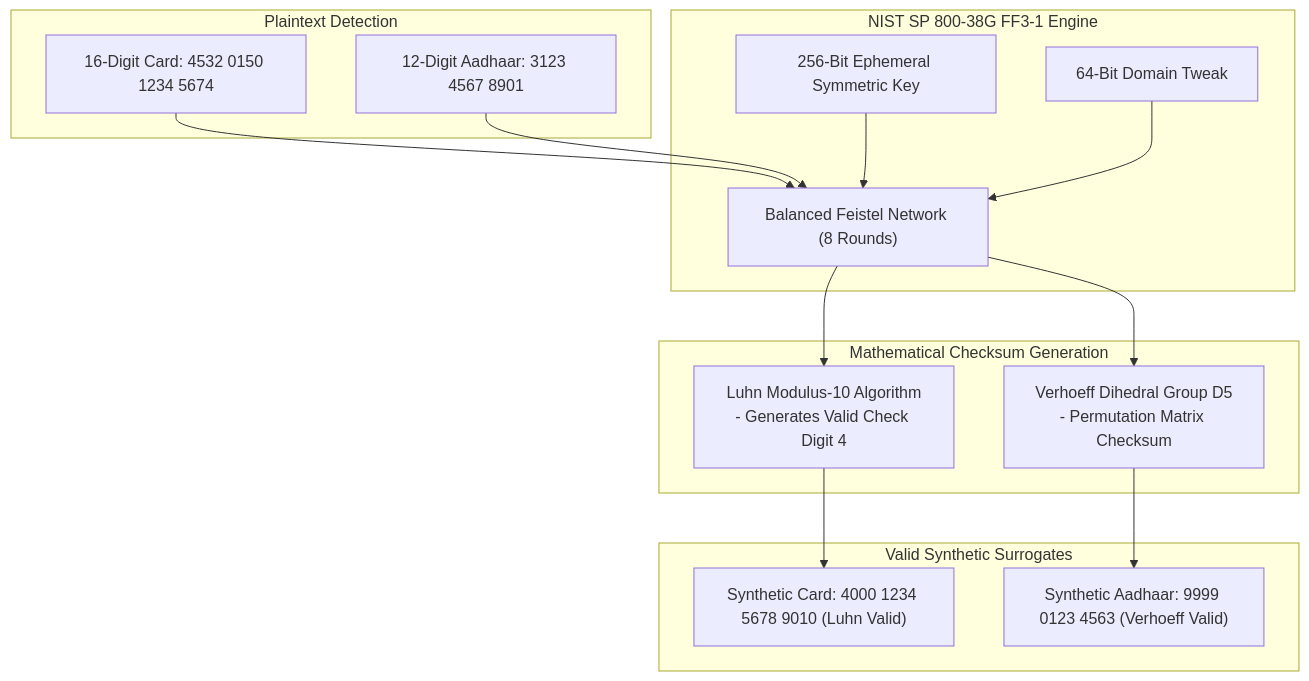
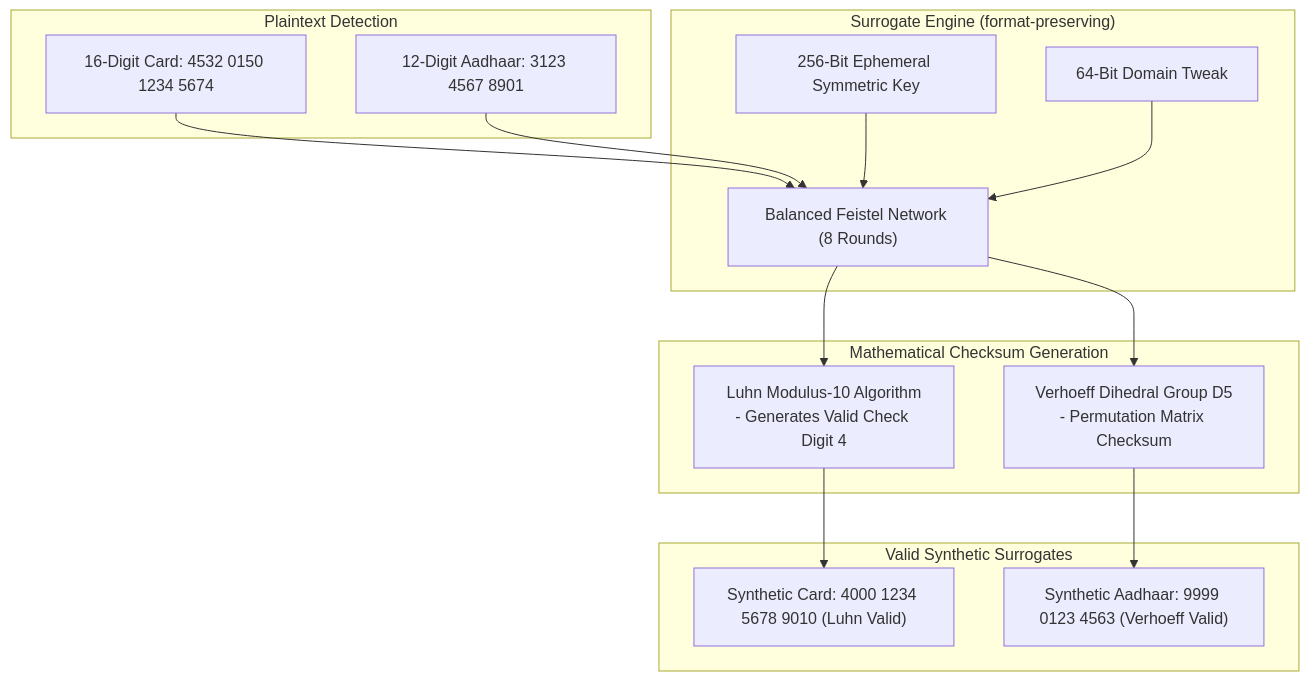
One commit to shashank-tomar0/pry changed the third of 4 diagrams in README.md. Above: the diagram before and after it, drawn with Mermaid. The commit also changed other lines of this file and 13 other files, not shown here.

````diff
--- a/README.md
+++ b/README.md
@@ -276,32 +277,32 @@
 ```mermaid
 flowchart TD
     subgraph DataIn["Plaintext Detection"]
         RawCard["16-Digit Card: 4532 0150 1234 5674"]
         RawAadhaar["12-Digit Aadhaar: 3123 4567 8901"]
     end
 
-    subgraph FPEEngine["NIST SP 800-38G FF3-1 Engine"]
+    subgraph FPEEngine["Surrogate Engine (format-preserving)"]
         Feistel["Balanced Feistel Network (8 Rounds)"]
         AESKey["256-Bit Ephemeral Symmetric Key"]
         Tweak["64-Bit Domain Tweak"]
     end
 
     subgraph ChecksumRecalc["Mathematical Checksum Generation"]
         LuhnCheck["Luhn Modulus-10 Algorithm\n- Generates Valid Check Digit 4"]
         VerhoeffCheck["Verhoeff Dihedral Group D5\n- Permutation Matrix Checksum"]
     end
 
     subgraph SyntheticOut["Valid Synthetic Surrogates"]
         SynthCard["Synthetic Card: 4000 1234 5678 9010 (Luhn Valid)"]
         SynthAadhaar["Synthetic Aadhaar: 9999 0123 4563 (Verhoeff Valid)"]
     end
 
     RawCard --> Feistel
     RawAadhaar --> Feistel
     AESKey --> Feistel
     Tweak --> Feistel
     Feistel --> LuhnCheck
     Feistel --> VerhoeffCheck
     LuhnCheck --> SynthCard
     VerhoeffCheck --> SynthAadhaar
 ```
````
